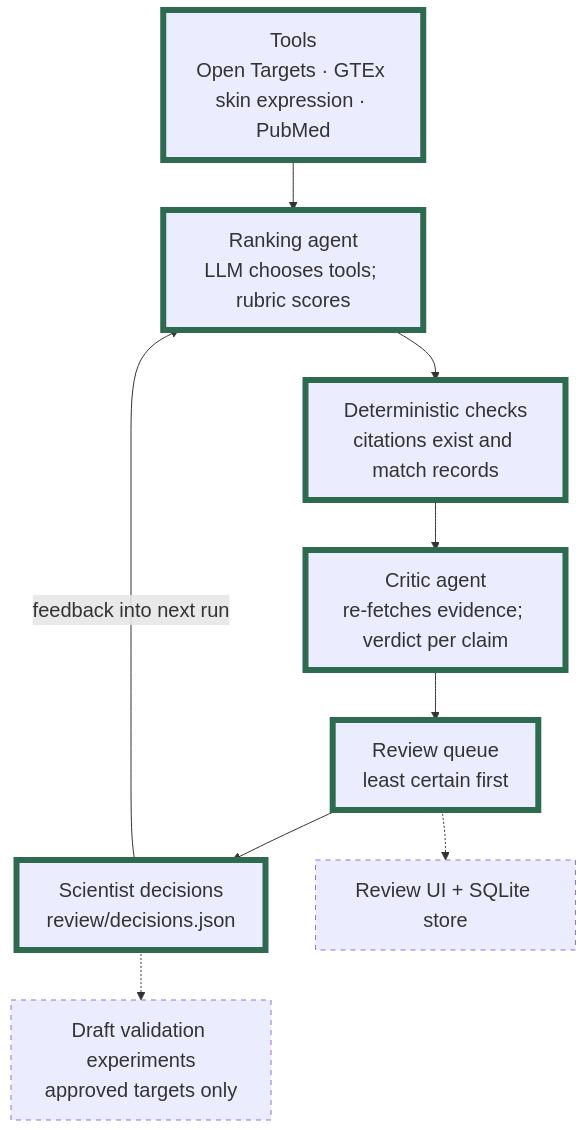
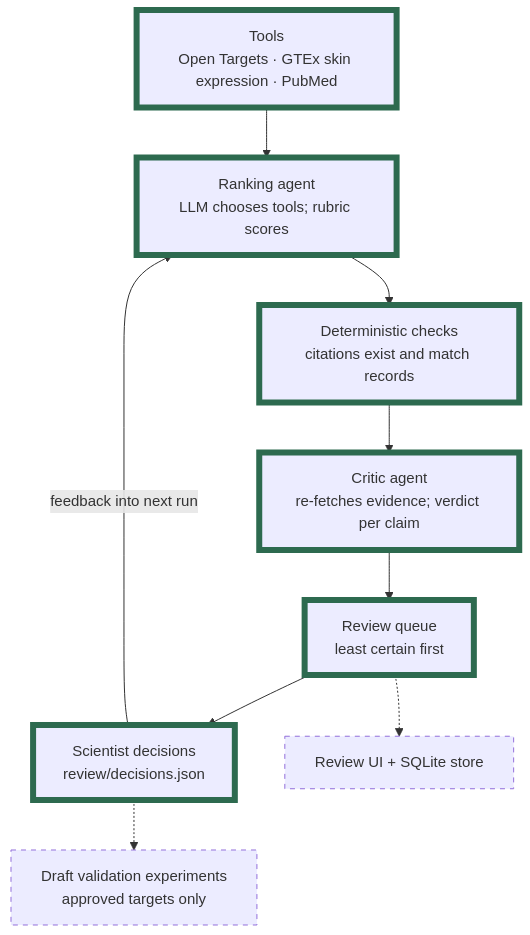
Before and after one commit to yukapooka/target-evidence-agent: the diagram in README.md, drawn with Mermaid.

````diff
--- a/README.md
+++ b/README.md
@@ -18,17 +18,17 @@
 ```mermaid
-%%{init: {"themeVariables": {"fontSize": "20px"}}}%%
+%%{init: {"themeVariables": {"fontSize": "15px"}}}%%
 flowchart TD
     T["Tools<br/>Open Targets · GTEx skin expression · PubMed"] --> R["Ranking agent<br/>LLM chooses tools; rubric scores"]
     R --> D["Deterministic checks<br/>citations exist and match records"]
     D --> C["Critic agent<br/>re-fetches evidence; verdict per claim"]
     C --> Q["Review queue<br/>least certain first"]
     Q --> H["Scientist decisions<br/>review/decisions.json"]
     H -->|feedback into next run| R
     H -.-> E["Draft validation experiments<br/>approved targets only"]
     Q -.-> U["Review UI + SQLite store"]
 
     classDef built stroke:#2d6a4f,stroke-width:6px;
     classDef planned stroke-dasharray: 5 5;
     class T,R,D,C,Q,H built;
     class E,U planned;
 ```
````
